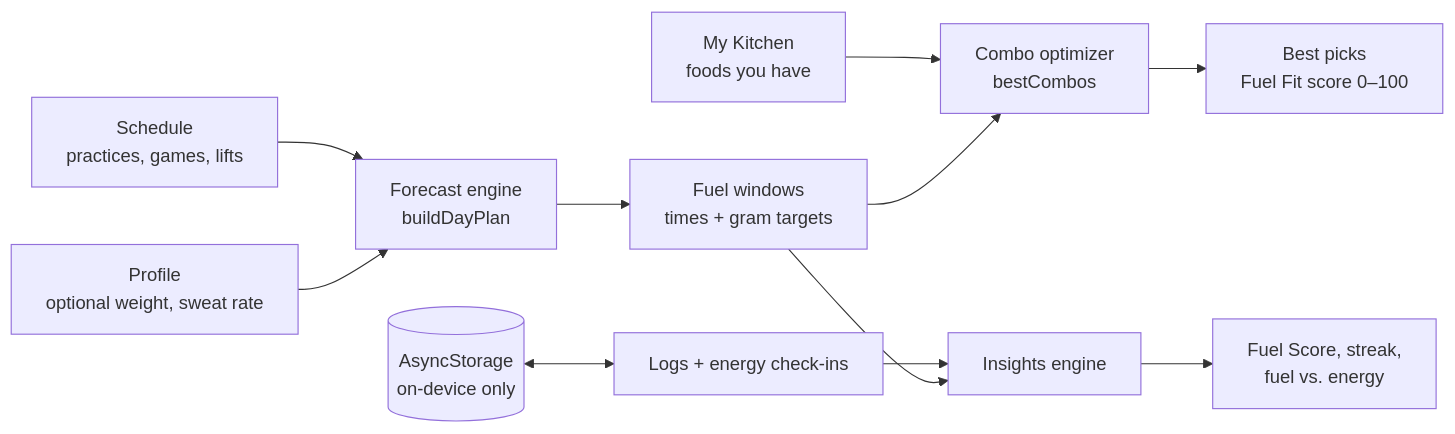
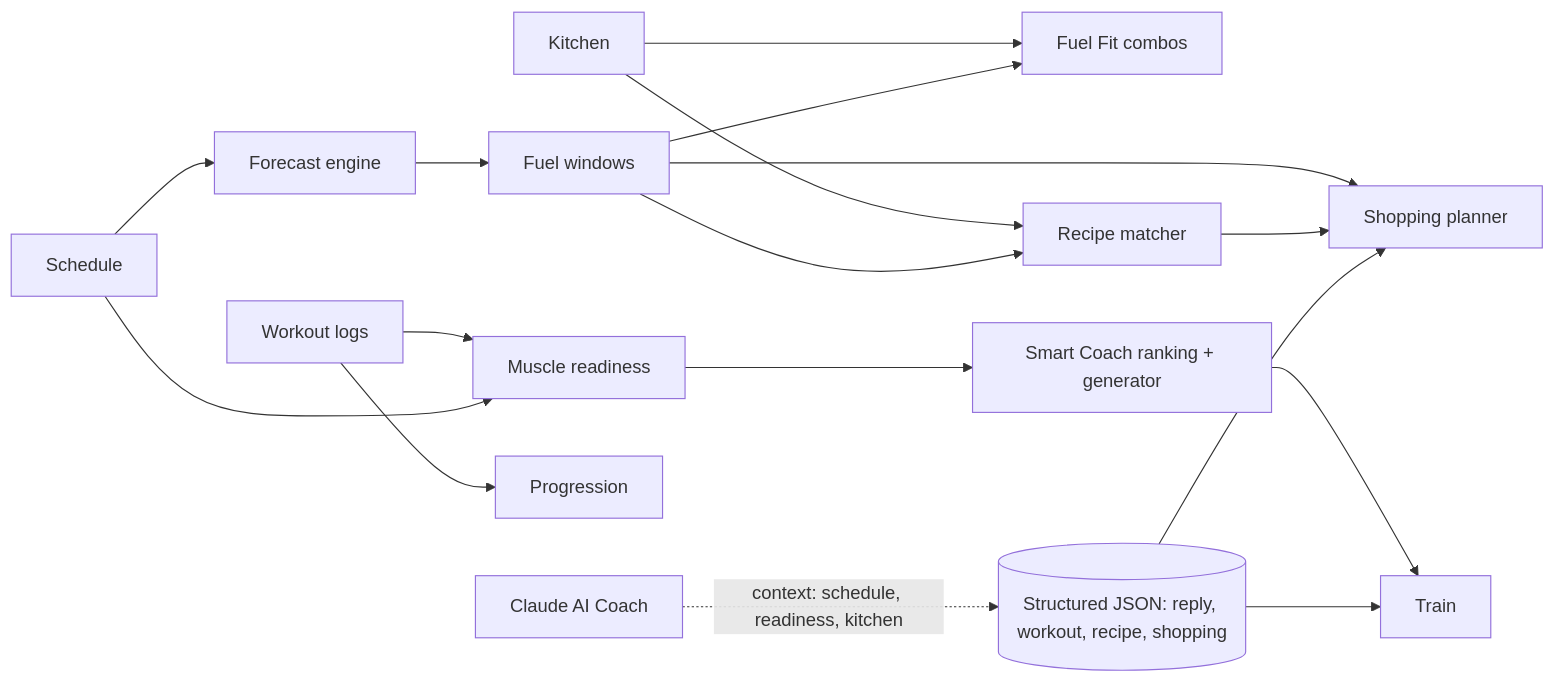
The diagram in README.md (akkified/fuelcast), drawn with Mermaid before and after one commit. The commit also changed other lines of this file and 75 other files, not shown here.

First line of the commit message:
FuelCast 2.0: gym planner, Smart Coach, AI Coach, recipes, shopping list

````diff
--- a/README.md
+++ b/README.md
@@ -67,13 +79,19 @@
 ```mermaid
 flowchart LR
-  A[Schedule<br/>practices, games, lifts] --> B[Forecast engine<br/>buildDayPlan]
-  P[Profile<br/>optional weight, sweat rate] --> B
-  B --> W[Fuel windows<br/>times + gram targets]
-  K[My Kitchen<br/>foods you have] --> C[Combo optimizer<br/>bestCombos]
+  S[Schedule] --> F[Forecast engine]
+  F --> W[Fuel windows]
+  K[Kitchen] --> C[Fuel Fit combos]
   W --> C
-  C --> UI[Best picks<br/>Fuel Fit score 0–100]
-  L[Logs + energy check-ins] --> I[Insights engine]
-  W --> I
-  I --> UI2[Fuel Score, streak,<br/>fuel vs. energy]
-  S[(AsyncStorage<br/>on-device only)] <--> L
+  K --> R[Recipe matcher]
+  W --> R
+  W --> SH[Shopping planner]
+  R --> SH
+  L[Workout logs] --> RD[Muscle readiness]
+  S --> RD
+  RD --> SC[Smart Coach ranking + generator]
+  SC --> T[Train]
+  L --> P[Progression]
+  AI[Claude AI Coach] -. context: schedule, readiness, kitchen .-> X[(Structured JSON: reply, workout, recipe, shopping)]
+  X --> T
+  X --> SH
 ```
````
